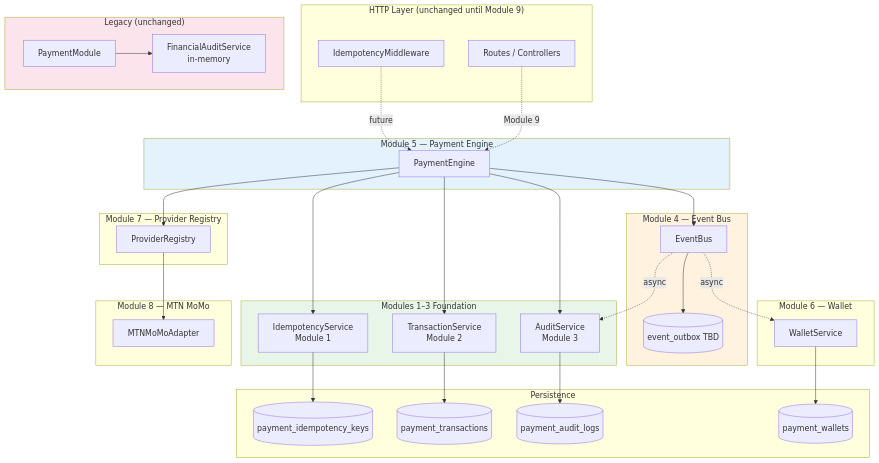
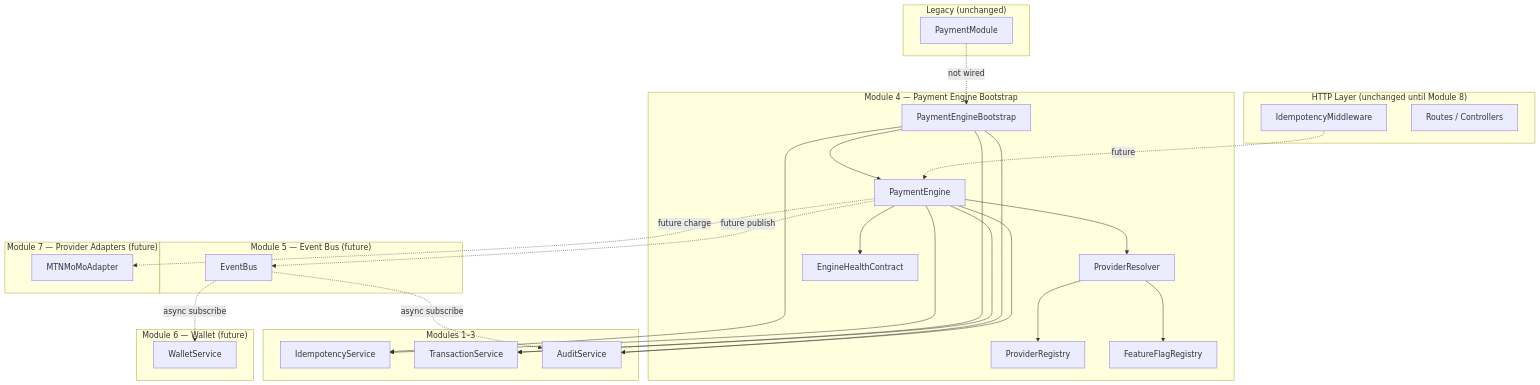
Before and after one commit to BoneraBlaise/yebone-backend: the diagram in payments/infrastructure/PAYMENT_FOUNDATION_ARCHITECTURE.md, drawn with Mermaid. The commit also changed other lines of this file and 32 other files, not shown here.

Commit message:
feat(payment-foundation): complete Module 4 Payment Engine Bootstrap

````diff
--- a/payments/infrastructure/PAYMENT_FOUNDATION_ARCHITECTURE.md
+++ b/payments/infrastructure/PAYMENT_FOUNDATION_ARCHITECTURE.md
@@ -53,74 +48,58 @@
 ```mermaid
 graph TB
-    subgraph HTTP["HTTP Layer (unchanged until Module 9)"]
+    subgraph HTTP["HTTP Layer (unchanged until Module 8)"]
         MW[IdempotencyMiddleware]
         RT[Routes / Controllers]
     end
 
-    subgraph M4["Module 4 — Event Bus"]
-        EB[EventBus]
-        OUTBOX[(event_outbox TBD)]
+    subgraph M4["Module 4 — Payment Engine Bootstrap"]
+        BOOT[PaymentEngineBootstrap]
+        PE[PaymentEngine]
+        PR[ProviderRegistry]
+        PRES[ProviderResolver]
+        FF[FeatureFlagRegistry]
+        HC[EngineHealthContract]
     end
 
-    subgraph M5["Module 5 — Payment Engine"]
-        PE[PaymentEngine]
+    subgraph M5["Module 5 — Event Bus (future)"]
+        EB[EventBus]
     end
 
-    subgraph Foundation["Modules 1–3 Foundation"]
-        IDEM[IdempotencyService<br/>Module 1]
-        TXN[TransactionService<br/>Module 2]
-        AUD[AuditService<br/>Module 3]
+    subgraph Foundation["Modules 1–3"]
+        IDEM[IdempotencyService]
+        TXN[TransactionService]
+        AUD[AuditService]
     end
 
-    subgraph M6["Module 6 — Wallet"]
+    subgraph M6["Module 6 — Wallet (future)"]
         WAL[WalletService]
     end
 
-    subgraph M7["Module 7 — Provider Registry"]
-        PR[ProviderRegistry]
-    end
-
-    subgraph M8["Module 8 — MTN MoMo"]
+    subgraph M7["Module 7 — Provider Adapters (future)"]
         MTN[MTNMoMoAdapter]
-    end
-
-    subgraph Persistence
-        IDEM_DB[(payment_idempotency_keys)]
-        TXN_DB[(payment_transactions)]
-        AUD_DB[(payment_audit_logs)]
-        WAL_DB[(payment_wallets)]
     end
 
     subgraph Legacy["Legacy (unchanged)"]
         PM[PaymentModule]
-        FAS[FinancialAuditService<br/>in-memory]
     end
 
-    MW -.->|future| PE
-    RT -.->|Module 9| PE
-
+    BOOT --> IDEM
+    BOOT --> TXN
+    BOOT --> AUD
+    BOOT --> PE
     PE --> IDEM
     PE --> TXN
     PE --> AUD
-    PE --> PR
-    PE --> EB
+    PE --> PRES
+    PRES --> PR
+    PRES --> FF
+    PE --> HC
 
-    PR --> MTN
+    PE -.->|future charge| MTN
+    PE -.->|future publish| EB
+    EB -.->|async subscribe| AUD
+    EB -.->|async subscribe| WAL
 
-    IDEM --> IDEM_DB
-    TXN --> TXN_DB
-    AUD --> AUD_DB
-
-    EB --> OUTBOX
-    EB -.->|async| AUD
-    EB -.->|async| WAL
-
-    WAL --> WAL_DB
-
-    PM --> FAS
-
-    style Foundation fill:#e8f5e9
-    style M4 fill:#fff3e0
-    style M5 fill:#e3f2fd
-    style Legacy fill:#fce4ec
+    MW -.->|future| PE
+    PM -.->|not wired| BOOT
 ```
````
